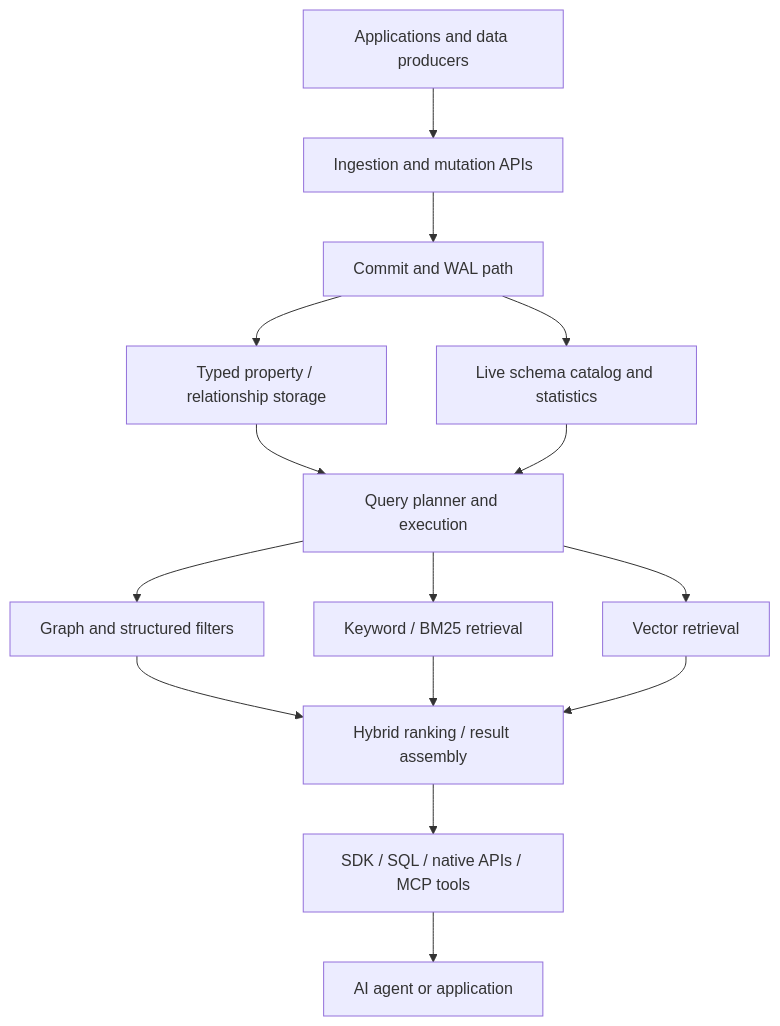
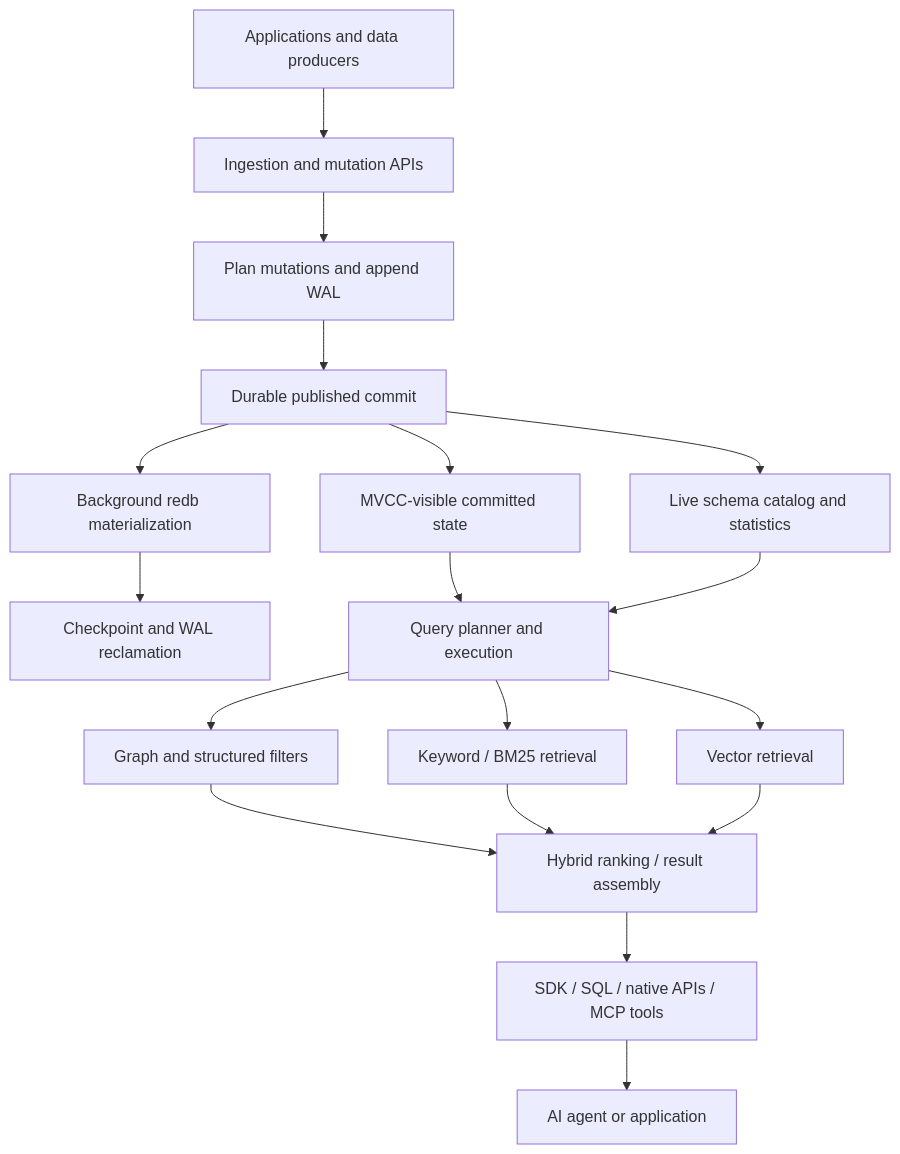
One commit to wazimBadsha/rushdb-engineering-research changed the diagram in docs/architecture/overview.md. Above: the diagram before and after it, drawn with Mermaid.

Commit message:
docs: update architecture diagram for durable publish

````diff
--- a/docs/architecture/overview.md
+++ b/docs/architecture/overview.md
@@ -11,17 +11,20 @@
 ```mermaid
 flowchart TB
   APP[Applications and data producers] --> ING[Ingestion and mutation APIs]
-  ING --> TX[Commit and WAL path]
-  TX --> STORE[Typed property / relationship storage]
-  TX --> CAT[Live schema catalog and statistics]
-  STORE --> QP[Query planner and execution]
+  ING --> WAL[Plan mutations and append WAL]
+  WAL --> PUB[Durable published commit]
+  PUB --> READ[MVCC-visible committed state]
+  PUB --> REDB[Background redb materialization]
+  REDB --> CHECK[Checkpoint and WAL reclamation]
+  PUB --> CAT[Live schema catalog and statistics]
+  READ --> QP[Query planner and execution]
   CAT --> QP
   QP --> GRAPH[Graph and structured filters]
   QP --> TEXT[Keyword / BM25 retrieval]
   QP --> VEC[Vector retrieval]
   GRAPH --> FUSE[Hybrid ranking / result assembly]
   TEXT --> FUSE
   VEC --> FUSE
   FUSE --> SDK[SDK / SQL / native APIs / MCP tools]
   SDK --> AGENT[AI agent or application]
 ```
````
